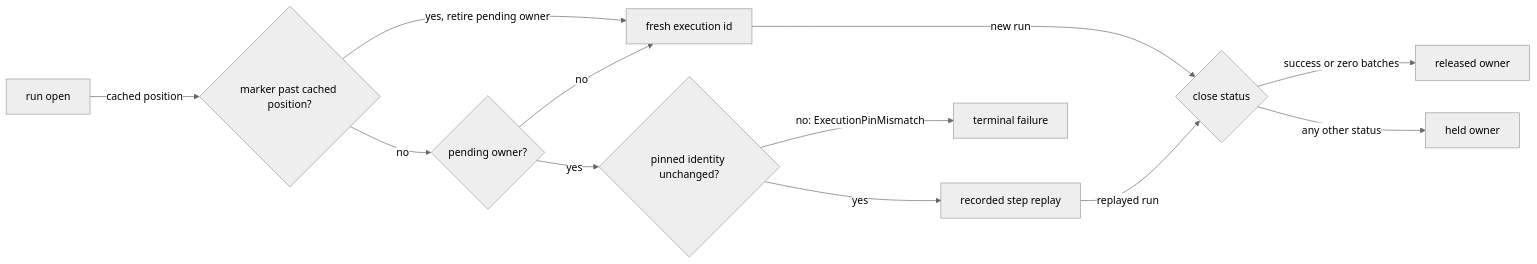
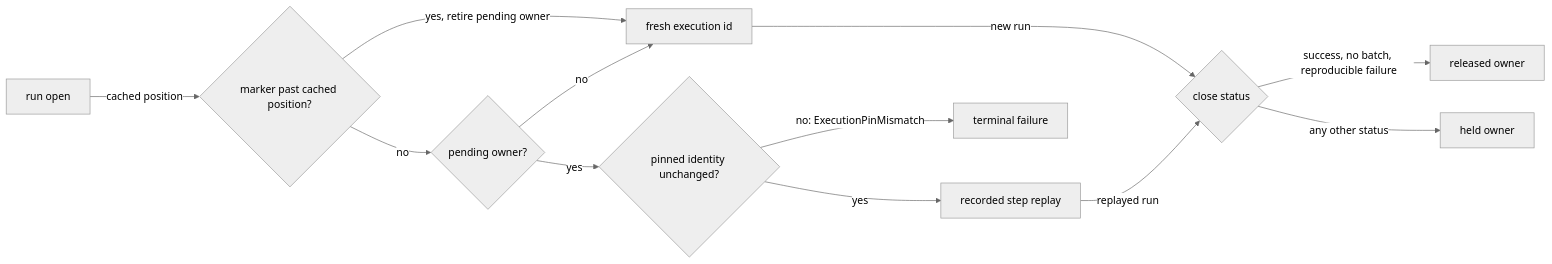
The fourth of 6 diagrams in spec/30-run.md (fractalboxdev/contextful), drawn with Mermaid (neutral theme) before and after one commit. The commit also changed other lines of this file and 14 other files, not shown here.

````diff
--- a/spec/30-run.md
+++ b/spec/30-run.md
@@ -277,14 +279,14 @@
 ```mermaid
 flowchart LR
   O["run open"] -->|"cached position"| M{"marker past cached position?"}
   M -->|"yes, retire pending owner"| FRESH["fresh execution id"]
   M -->|"no"| P{"pending owner?"}
   P -->|"no"| FRESH
   P -->|"yes"| PIN{"pinned identity unchanged?"}
   PIN -->|"no: ExecutionPinMismatch"| ERR["terminal failure"]
   PIN -->|"yes"| REPLAY["recorded step replay"]
   REPLAY -->|"replayed run"| CLOSE{"close status"}
   FRESH -->|"new run"| CLOSE
-  CLOSE -->|"success or zero batches"| REL["released owner"]
+  CLOSE -->|"success, no batch, reproducible failure"| REL["released owner"]
   CLOSE -->|"any other status"| HOLD["held owner"]
 ```
````
